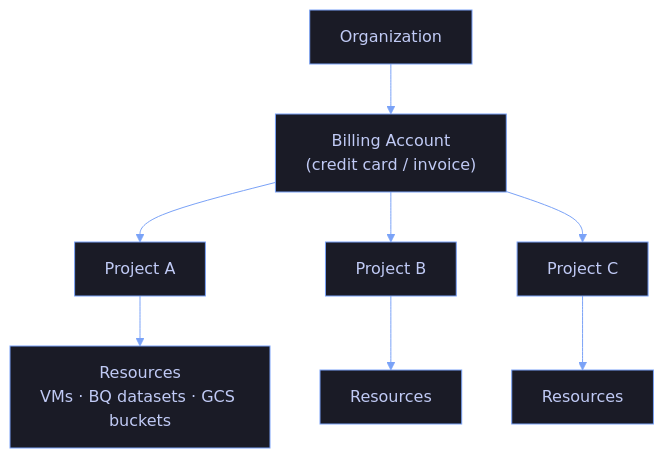
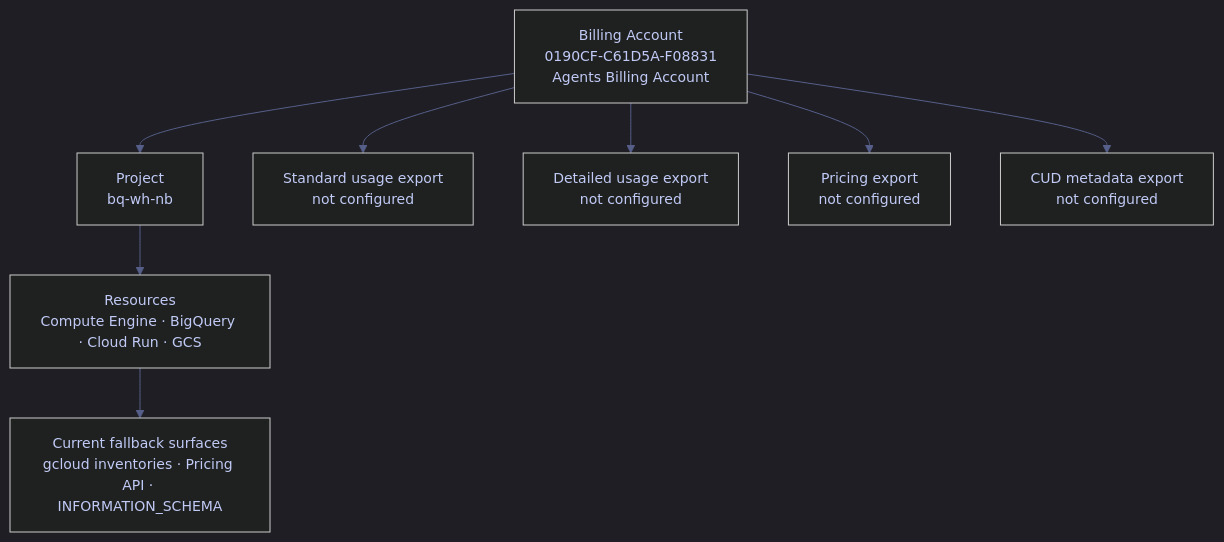
Before and after one commit to alp78/elysium: the diagram in content/06-GCP/09-Cost-Management/01-gcp-billing-and-pricing.md, drawn with Mermaid. The commit also changed other lines of this file and 493 other files, not shown here.

````diff
--- a/content/06-GCP/09-Cost-Management/01-gcp-billing-and-pricing.md
+++ b/content/06-GCP/09-Cost-Management/01-gcp-billing-and-pricing.md
@@ -46,11 +219,22 @@
 ```mermaid
-%%{init: {'theme': 'base', 'themeVariables': {'primaryColor': '#1a1b26', 'primaryTextColor': '#c0caf5', 'primaryBorderColor': '#7aa2f7', 'lineColor': '#7aa2f7', 'secondaryColor': '#16161e', 'tertiaryColor': '#16161e', 'edgeLabelBackground': '#1a1b26', 'nodeTextColor': '#c0caf5'}}}%%
+%%{init: {'theme': 'dark', 'themeVariables': {
+  'primaryColor': '#292e42',
+  'primaryTextColor': '#c0caf5',
+  'primaryBorderColor': '#565f89',
+  'lineColor': '#565f89',
+  'secondaryColor': '#1a1b26',
+  'tertiaryColor': '#24283b',
+  'noteTextColor': '#c0caf5',
+  'noteBkgColor': '#292e42',
+  'textColor': '#c0caf5',
+  'fontSize': '14px'
+}}}%%
 flowchart TD
-    O[Organization] --> BA["Billing Account<br>(credit card / invoice)"]
-    BA --> PA[Project A]
-    BA --> PB[Project B]
-    BA --> PC[Project C]
-    PA --> RA["Resources<br>VMs · BQ datasets · GCS buckets"]
-    PB --> RB[Resources]
-    PC --> RC[Resources]
+    BA["Billing Account<br>0190CF-C61D5A-F08831<br>Agents Billing Account"] --> P["Project<br>bq-wh-nb"]
+    P --> R["Resources<br>Compute Engine · BigQuery · Cloud Run · GCS"]
+    BA --> E1["Standard usage export<br>not configured"]
+    BA --> E2["Detailed usage export<br>not configured"]
+    BA --> E3["Pricing export<br>not configured"]
+    BA --> E4["CUD metadata export<br>not configured"]
+    R --> Q["Current fallback surfaces<br>gcloud inventories · Pricing API · INFORMATION_SCHEMA"]
 ```
````
